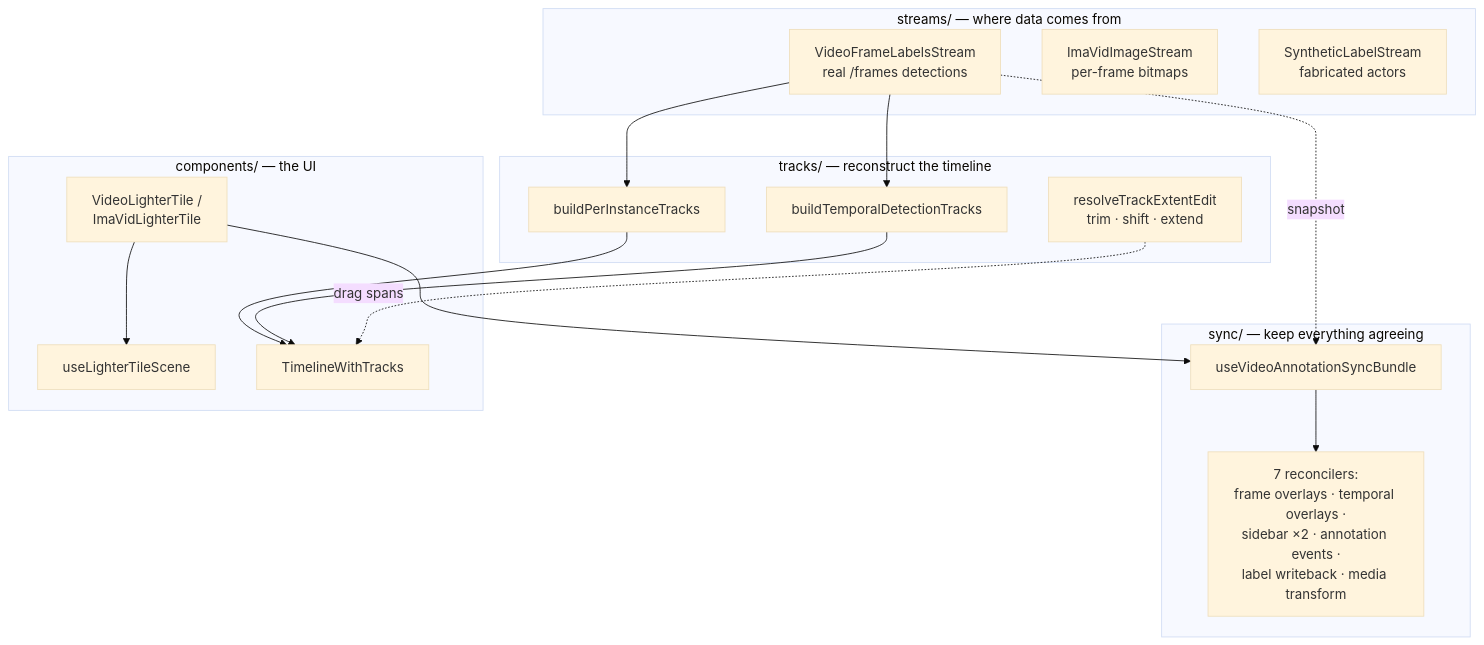
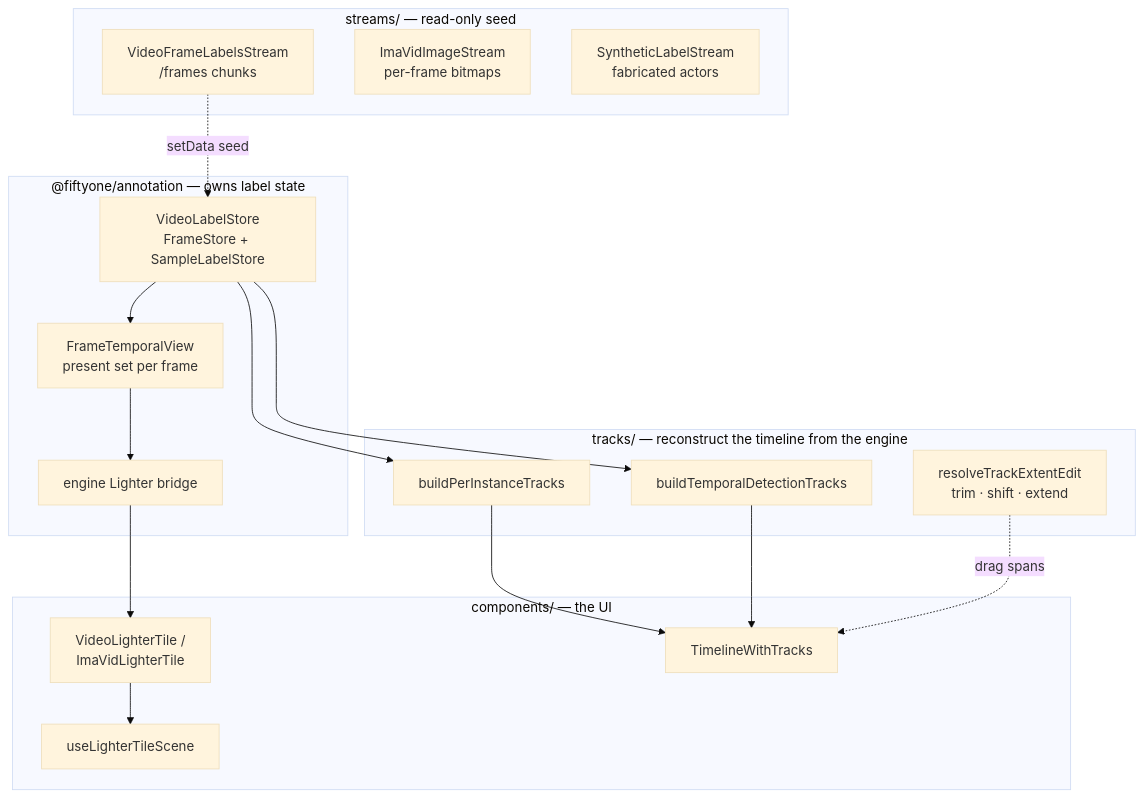
The third of 5 diagrams in app/packages/video-annotation/README.md (voxel51/fiftyone), drawn with Mermaid (base theme) before and after one commit. The commit also changed other lines of this file, not shown here.

Commit message:
docs(video-annotation): rewrite the README for the engine-based architecture

````diff
--- a/app/packages/video-annotation/README.md
+++ b/app/packages/video-annotation/README.md
@@ -112,30 +129,31 @@
 ```mermaid
 flowchart TB
-    subgraph streams["streams/ — where data comes from"]
-        VFLS[VideoFrameLabelsStream<br/>real /frames detections]
+    subgraph streams["streams/ — read-only seed"]
+        VFLS[VideoFrameLabelsStream<br/>/frames chunks]
         IVS[ImaVidImageStream<br/>per-frame bitmaps]
         SLS[SyntheticLabelStream<br/>fabricated actors]
     end
-    subgraph sync["sync/ — keep everything agreeing"]
-        BUNDLE[useVideoAnnotationSyncBundle]
-        SEVEN[7 reconcilers:<br/>frame overlays · temporal overlays ·<br/>sidebar ×2 · annotation events ·<br/>label writeback · media transform]
+    subgraph engine["@fiftyone/annotation — owns label state"]
+        VLS[VideoLabelStore<br/>FrameStore + SampleLabelStore]
+        TV[FrameTemporalView<br/>present set per frame]
+        BR[engine Lighter bridge]
     end
-    subgraph tracks["tracks/ — reconstruct the timeline"]
+    subgraph tracks["tracks/ — reconstruct the timeline from the engine"]
         FT[buildPerInstanceTracks]
         TDT[buildTemporalDetectionTracks]
         TEE[resolveTrackExtentEdit<br/>trim · shift · extend]
     end
     subgraph comp["components/ — the UI"]
         TILE[VideoLighterTile /<br/>ImaVidLighterTile]
         SCENE[useLighterTileScene]
         TL[TimelineWithTracks]
     end
 
-    VFLS -. snapshot .-> BUNDLE
-    BUNDLE --> SEVEN
-    VFLS --> FT & TDT
+    VFLS -. setData seed .-> VLS
+    VLS --> TV --> BR
+    VLS --> FT & TDT
     FT & TDT --> TL
     TEE -. drag spans .-> TL
     TILE --> SCENE
-    TILE --> BUNDLE
+    BR --> TILE
 ```
````
